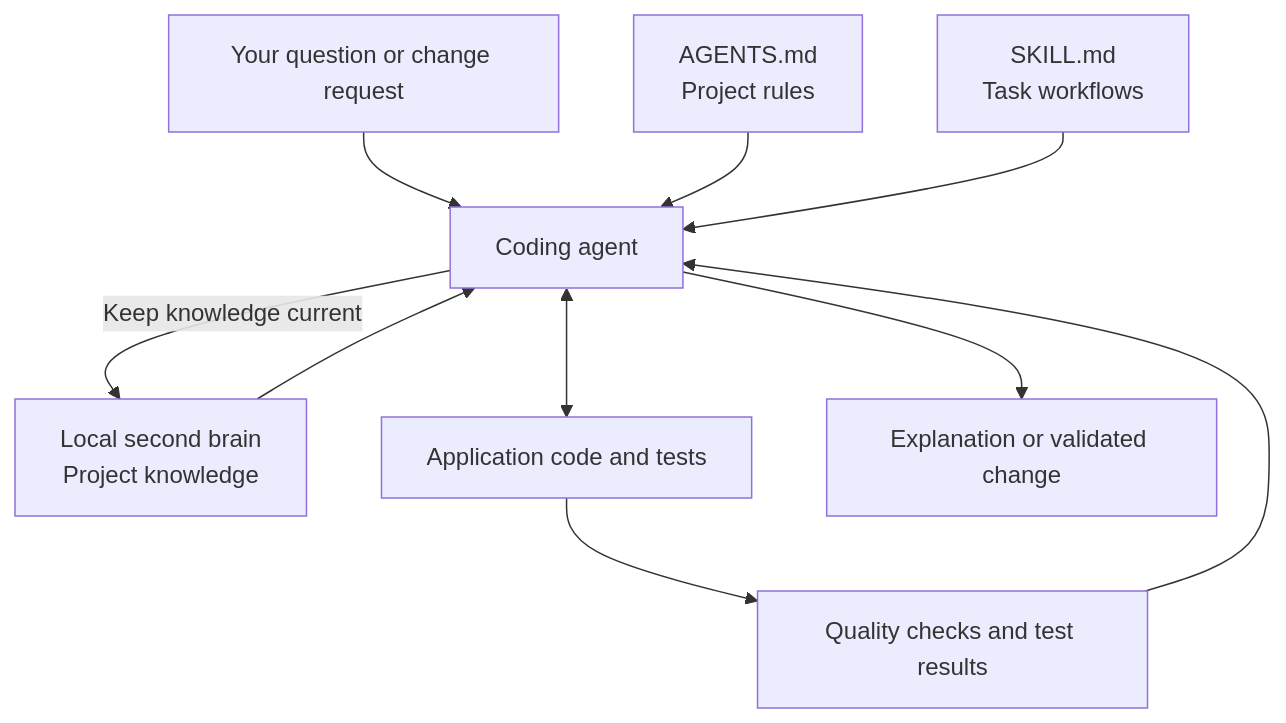
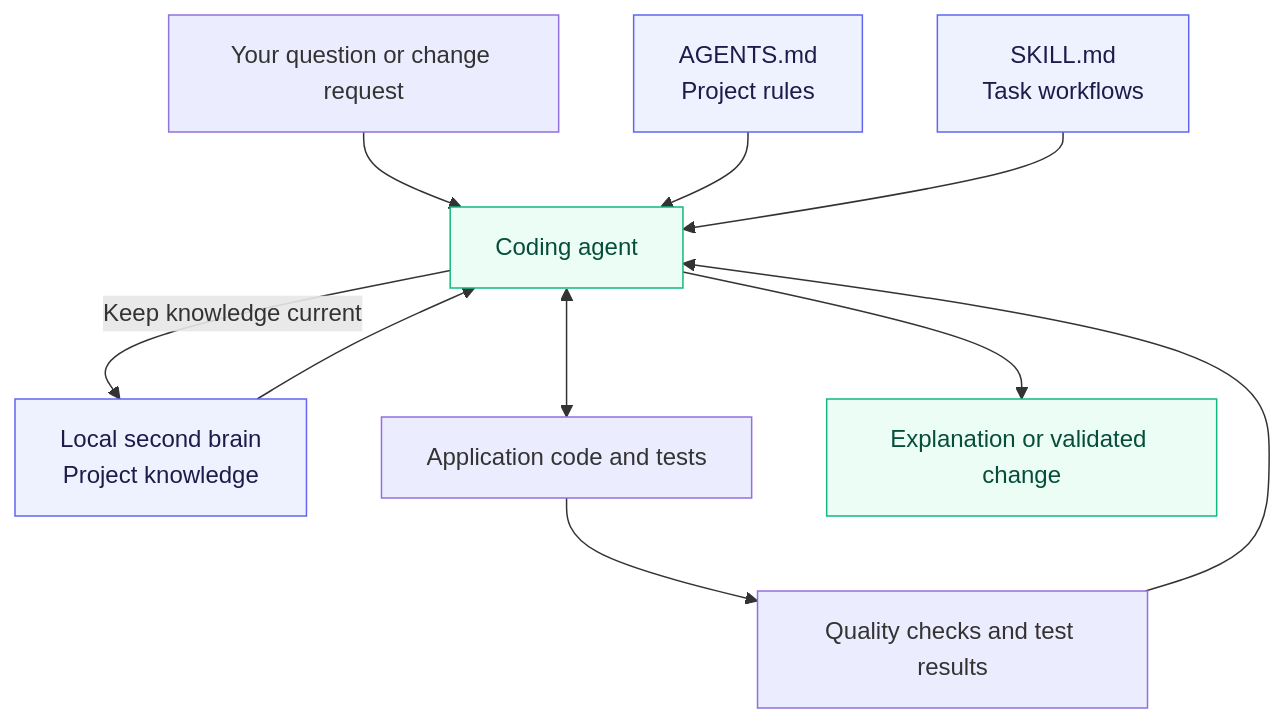
Before and after one commit to Mallikarjun-Roddannavar/playwright-agentic-automation: the diagram in README.md, drawn with Mermaid. The commit also changed other lines of this file, not shown here.

````diff
--- a/README.md
+++ b/README.md
@@ -62,12 +59,16 @@
 ```mermaid
 flowchart TB
     User[Your question or change request] --> Agent[Coding agent]
     Rules["AGENTS.md<br/>Project rules"] --> Agent
     Skills["SKILL.md<br/>Task workflows"] --> Agent
     Knowledge["Local second brain<br/>Project knowledge"] --> Agent
     Agent <--> Code[Application code and tests]
     Code --> Checks[Quality checks and test results]
     Checks --> Agent
     Agent --> Outcome[Explanation or validated change]
     Agent -->|Keep knowledge current| Knowledge
+    classDef context fill:#eef2ff,stroke:#6366f1,color:#1e1b4b
+    classDef action fill:#ecfdf5,stroke:#10b981,color:#064e3b
+    class Rules,Skills,Knowledge context
+    class Agent,Outcome action
 ```
````
